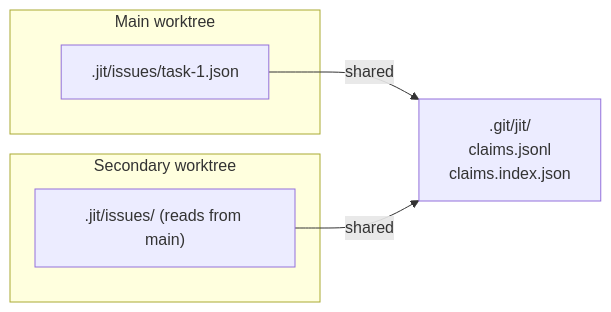
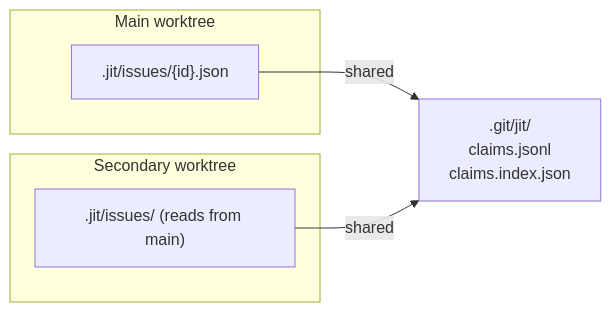
One commit to erankavija/just-in-time changed the diagram in docs/tutorials/parallel-work-worktrees.md. Above: the diagram before and after it, drawn with Mermaid. The commit also changed other lines of this file and 8 other files, not shown here.

````diff
--- a/docs/tutorials/parallel-work-worktrees.md
+++ b/docs/tutorials/parallel-work-worktrees.md
@@ -183,12 +186,12 @@
 ```mermaid
 flowchart LR
     subgraph Main["Main worktree"]
-        MI[".jit/issues/task-1.json"]
+        MI[".jit/issues/{id}.json"]
     end
     subgraph Secondary["Secondary worktree"]
         SI[".jit/issues/ (reads from main)"]
     end
     CP[".git/jit/<br/>claims.jsonl<br/>claims.index.json"]
     MI -->|shared| CP
     SI -->|shared| CP
 ```
````
